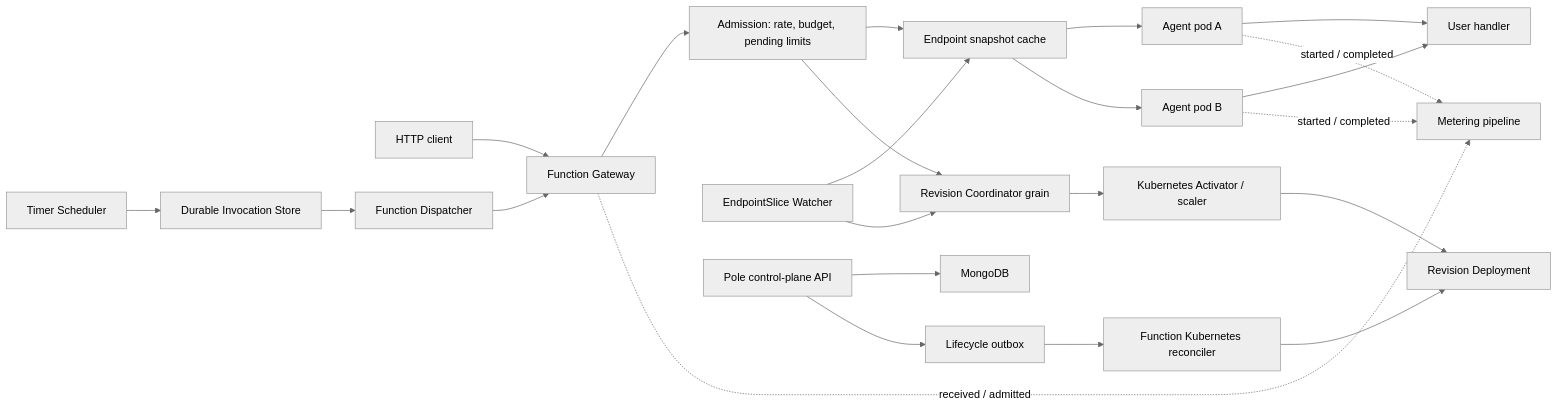
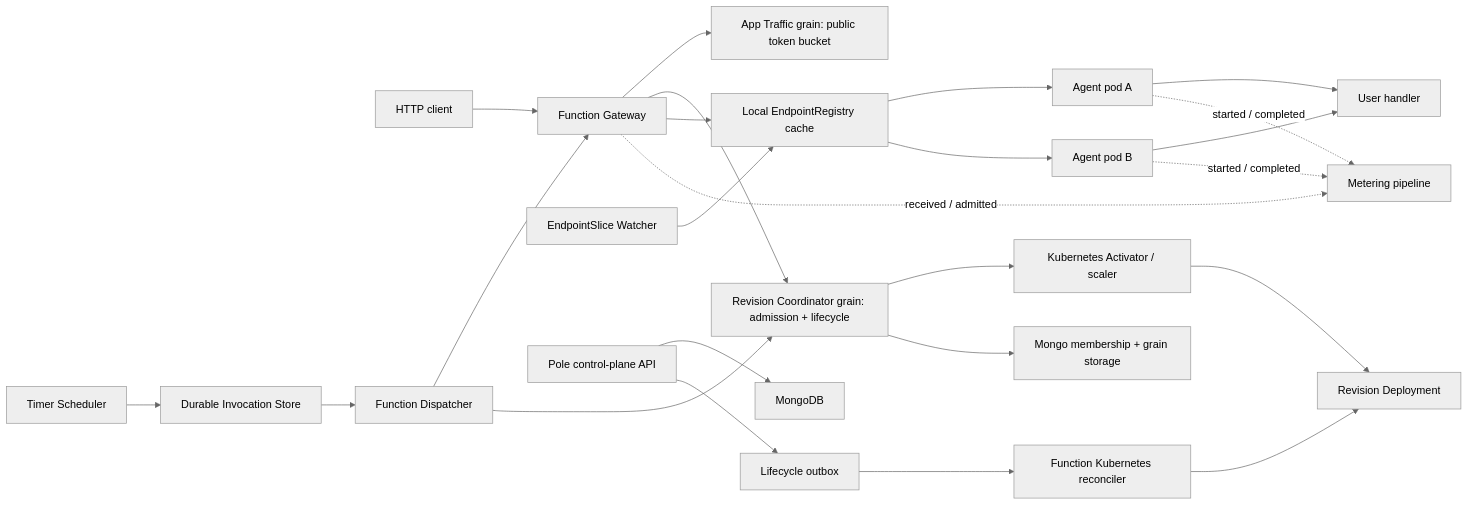
Before and after one commit to vpole-cloud/vpole: the diagram in .codex/function-runtime-plan.md, drawn with Mermaid (neutral theme). The commit also changed other lines of this file and 41 other files, not shown here.

````diff
--- a/.codex/function-runtime-plan.md
+++ b/.codex/function-runtime-plan.md
@@ -221,29 +224,30 @@
 ```mermaid
 flowchart LR
     Client["HTTP client"] --> Gateway["Function Gateway"]
     Timer["Timer Scheduler"] --> Store["Durable Invocation Store"]
     Store --> Dispatcher["Function Dispatcher"]
     Dispatcher --> Gateway
 
-    Gateway --> Admission["Admission: rate, budget, pending limits"]
-    Admission --> Routes["Endpoint snapshot cache"]
-    Admission --> Coordinator["Revision Coordinator grain"]
+    Gateway --> Traffic["App Traffic grain: public token bucket"]
+    Gateway --> Coordinator["Revision Coordinator grain: admission + lifecycle"]
+    Dispatcher --> Coordinator
+    Gateway --> Routes["Local EndpointRegistry cache"]
     Coordinator --> Activator["Kubernetes Activator / scaler"]
     Activator --> Deployment["Revision Deployment"]
     Watcher["EndpointSlice Watcher"] --> Routes
-    Watcher --> Coordinator
+    Coordinator --> OrleansMongo["Mongo membership + grain storage"]
 
     Routes --> Agent1["Agent pod A"]
     Routes --> Agent2["Agent pod B"]
     Agent1 --> Handler["User handler"]
     Agent2 --> Handler
 
     Gateway -. "received / admitted" .-> Metering["Metering pipeline"]
     Agent1 -. "started / completed" .-> Metering
     Agent2 -. "started / completed" .-> Metering
 
     Api["Pole control-plane API"] --> Mongo["MongoDB"]
     Api --> Outbox["Lifecycle outbox"]
     Outbox --> Reconciler["Function Kubernetes reconciler"]
     Reconciler --> Deployment
 ```
````
